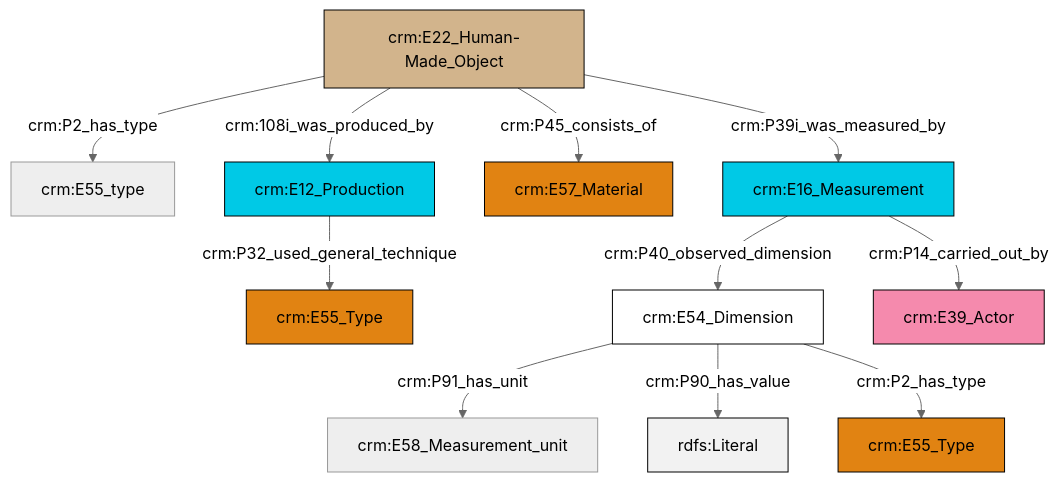
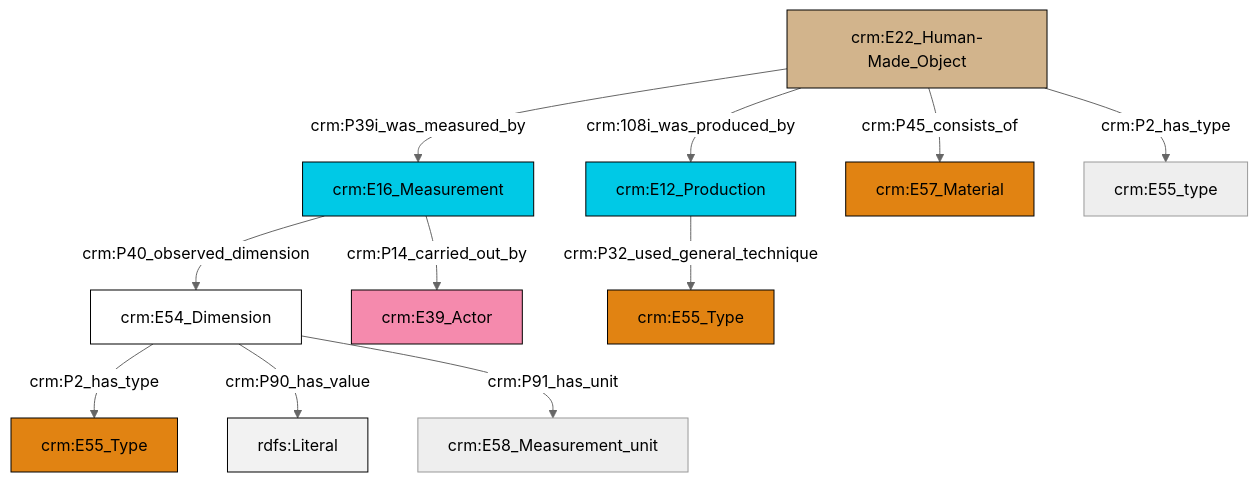
One commit to swiss-art-research-net/docs.swissartresearch changed the diagram in et/artworkCSV/ttl/mmd/Artwork_substance.ttl.mmd. Above: the diagram before and after it, drawn with Mermaid (neutral theme). The commit also changed 179 other files, not shown here.

```diff
--- a/et/artworkCSV/ttl/mmd/Artwork_substance.ttl.mmd
+++ b/et/artworkCSV/ttl/mmd/Artwork_substance.ttl.mmd
@@ -1,25 +1,25 @@
 graph TD
 classDef Literal fill:#f2f2f2,stroke:#000000;
 classDef CRM_Entity fill:#FFFFFF,stroke:#000000;
 classDef Temporal_Entity fill:#00C9E6, stroke:#000000;
 classDef Type fill:#E18312, stroke:#000000;
 classDef Time-Span fill:#2C9C91, stroke:#000000;
 classDef Appellation fill:#FFEB7F, stroke:#000000;
 classDef Place fill:#008836, stroke:#000000;
 classDef Persistent_Item fill:#B266B2, stroke:#000000;
 classDef Conceptual_Object fill:#FFD700, stroke:#000000;
 classDef Physical_Thing fill:#D2B48C, stroke:#000000;
 classDef Actor fill:#f58aad, stroke:#000000;
 classDef PC_Classes fill:#4ce600, stroke:#000000;
 classDef Multi fill:#cccccc,stroke:#000000;
 
-4["crm:E54_Dimension"]:::CRM_Entity -->|crm:P91_has_unit| 5["crm:E58_Measurement_unit"]:::Default
-6["crm:E16_Measurement"]:::Temporal_Entity -->|crm:P40_observed_dimension| 4["crm:E54_Dimension"]:::CRM_Entity
-8["crm:E22_Human-Made_Object"]:::Physical_Thing -->|crm:P2_has_type| 9["crm:E55_type"]:::Default
-2["crm:E12_Production"]:::Temporal_Entity -->|crm:P32_used_general_technique| 10["crm:E55_Type"]:::Type
-4["crm:E54_Dimension"]:::CRM_Entity -->|crm:P90_has_value| 11[rdfs:Literal]:::Literal
-4["crm:E54_Dimension"]:::CRM_Entity -->|crm:P2_has_type| 0["crm:E55_Type"]:::Type
-8["crm:E22_Human-Made_Object"]:::Physical_Thing -->|crm:108i_was_produced_by| 2["crm:E12_Production"]:::Temporal_Entity
-8["crm:E22_Human-Made_Object"]:::Physical_Thing -->|crm:P45_consists_of| 13["crm:E57_Material"]:::Type
-6["crm:E16_Measurement"]:::Temporal_Entity -->|crm:P14_carried_out_by| 14["crm:E39_Actor"]:::Actor
-8["crm:E22_Human-Made_Object"]:::Physical_Thing -->|crm:P39i_was_measured_by| 6["crm:E16_Measurement"]:::Temporal_Entity
+0["crm:E22_Human-Made_Object"]:::Physical_Thing -->|crm:P39i_was_measured_by| 1["crm:E16_Measurement"]:::Temporal_Entity
+2["crm:E54_Dimension"]:::CRM_Entity -->|crm:P2_has_type| 3["crm:E55_Type"]:::Type
+0["crm:E22_Human-Made_Object"]:::Physical_Thing -->|crm:108i_was_produced_by| 6["crm:E12_Production"]:::Temporal_Entity
+1["crm:E16_Measurement"]:::Temporal_Entity -->|crm:P14_carried_out_by| 7["crm:E39_Actor"]:::Actor
+6["crm:E12_Production"]:::Temporal_Entity -->|crm:P32_used_general_technique| 8["crm:E55_Type"]:::Type
+0["crm:E22_Human-Made_Object"]:::Physical_Thing -->|crm:P45_consists_of| 9["crm:E57_Material"]:::Type
+2["crm:E54_Dimension"]:::CRM_Entity -->|crm:P90_has_value| 13[rdfs:Literal]:::Literal
+1["crm:E16_Measurement"]:::Temporal_Entity -->|crm:P40_observed_dimension| 2["crm:E54_Dimension"]:::CRM_Entity
+0["crm:E22_Human-Made_Object"]:::Physical_Thing -->|crm:P2_has_type| 11["crm:E55_type"]:::Default
+2["crm:E54_Dimension"]:::CRM_Entity -->|crm:P91_has_unit| 15["crm:E58_Measurement_unit"]:::Default
```
